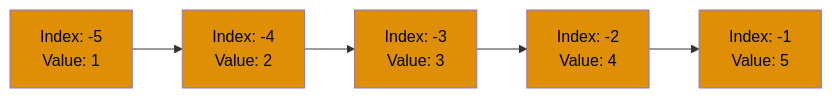
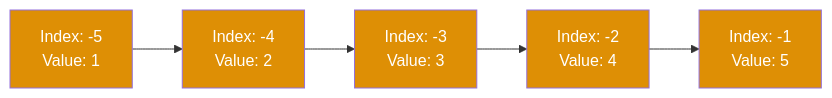
One commit to wahidyankf/open-sharia-enterprise changed the sixth of 11 diagrams in apps/ayokoding-web/content/en/learn/software-engineering/programming-languages/python/by-example/beginner.md. Above: the diagram before and after it, drawn with Mermaid. The commit also changed other lines of this file and 61 other files, not shown here.

First line of the commit message:
fix(ayokoding-web): quote Mermaid node labels with special characters in Example 63

````diff
--- a/apps/ayokoding-web/content/en/learn/software-engineering/programming-languages/python/by-example/beginner.md
+++ b/apps/ayokoding-web/content/en/learn/software-engineering/programming-languages/python/by-example/beginner.md
@@ -745,17 +745,17 @@
 ```mermaid
 %% Color Palette: Blue #0173B2, Orange #DE8F05, Teal #029E73, Purple #CC78BC, Brown #CA9161
 graph LR
     M5["Index: -5<br/>Value: 1"]
     M4["Index: -4<br/>Value: 2"]
     M3["Index: -3<br/>Value: 3"]
     M2["Index: -2<br/>Value: 4"]
     M1["Index: -1<br/>Value: 5"]
 
     M5 --> M4 --> M3 --> M2 --> M1
 
-    style M5 fill:#DE8F05,color:#000
-    style M4 fill:#DE8F05,color:#000
-    style M3 fill:#DE8F05,color:#000
-    style M2 fill:#DE8F05,color:#000
-    style M1 fill:#DE8F05,color:#000
+    style M5 fill:#DE8F05,color:#fff
+    style M4 fill:#DE8F05,color:#fff
+    style M3 fill:#DE8F05,color:#fff
+    style M2 fill:#DE8F05,color:#fff
+    style M1 fill:#DE8F05,color:#fff
 ```
````
